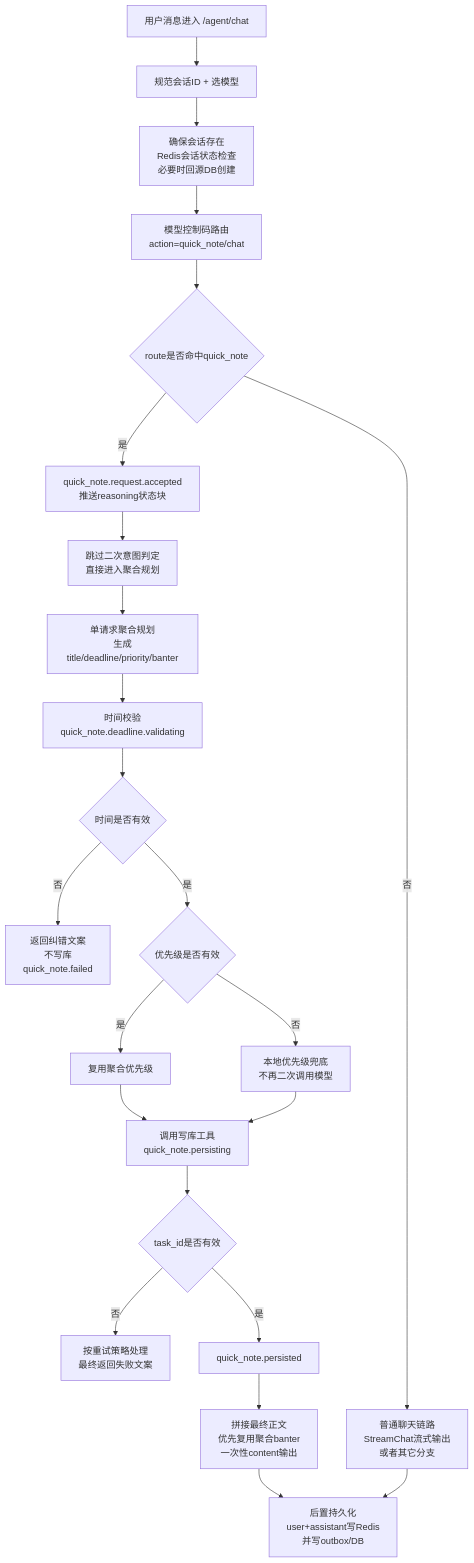
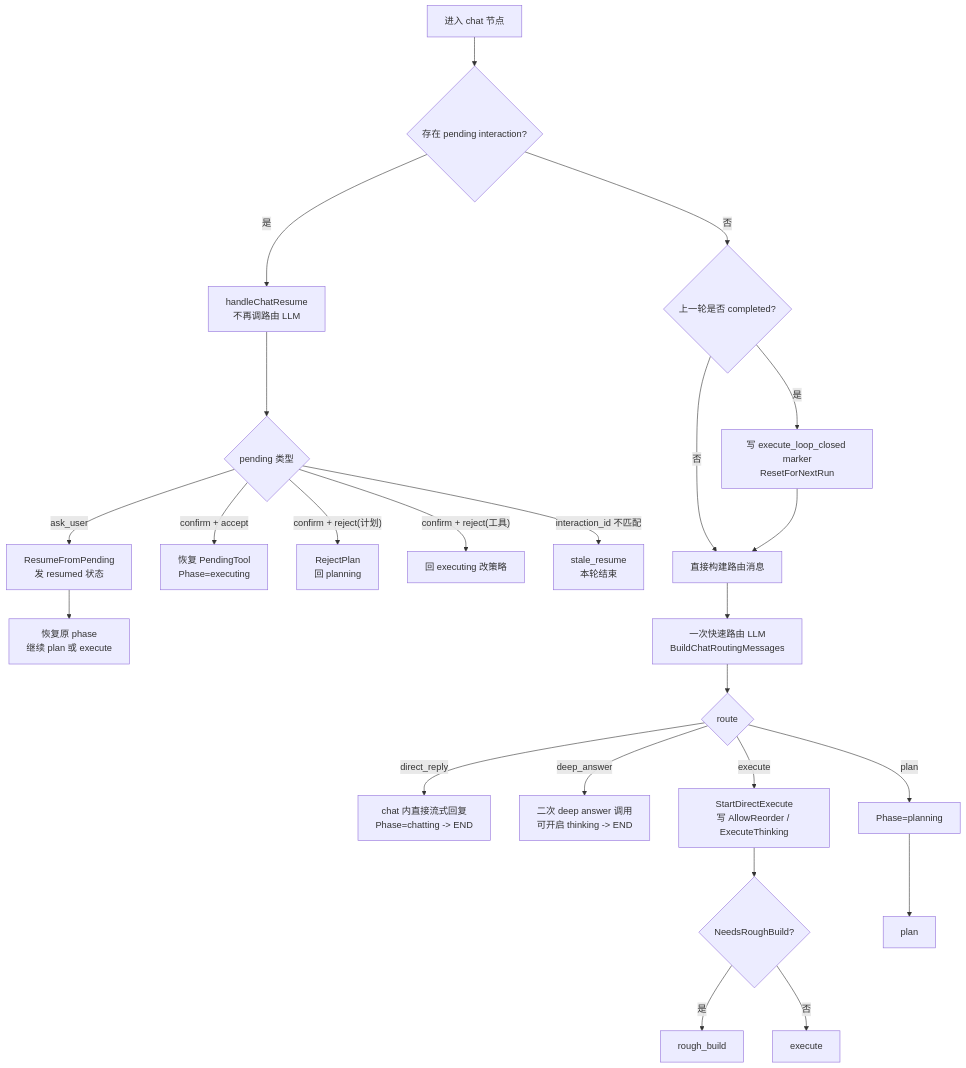
Before and after one commit to LoveLosita/SmartFlow-Agent: the third of 6 diagrams in README.md, drawn with Mermaid. The commit also changed other lines of this file and 23 other files, not shown here.

````diff
--- a/README.md
+++ b/README.md
@@ -427,25 +492,30 @@
 ```mermaid
 flowchart TD
-    A[用户消息进入 /agent/chat] --> B[规范会话ID + 选模型]
-    B --> C[确保会话存在<br/>Redis会话状态检查<br/>必要时回源DB创建]
-    C --> D[模型控制码路由<br/>action=quick_note/chat]
-    D --> E{route是否命中quick_note}
-    E -- 否 --> X[普通聊天链路<br/>StreamChat流式输出<br/>或者其它分支]
-    E -- 是 --> F[quick_note.request.accepted<br/>推送reasoning状态块]
-    F --> G[跳过二次意图判定<br/>直接进入聚合规划]
-    G --> H[单请求聚合规划<br/>生成title/deadline/priority/banter]
-    H --> I[时间校验<br/>quick_note.deadline.validating]
-    I --> J{时间是否有效}
-    J -- 否 --> K[返回纠错文案<br/>不写库<br/>quick_note.failed]
-    J -- 是 --> L{优先级是否有效}
-    L -- 是 --> M[复用聚合优先级]
-    L -- 否 --> N[本地优先级兜底<br/>不再二次调用模型]
-    M --> O[调用写库工具<br/>quick_note.persisting]
-    N --> O
-    O --> P{task_id是否有效}
-    P -- 否 --> Q[按重试策略处理<br/>最终返回失败文案]
-    P -- 是 --> R[quick_note.persisted]
-    R --> S[拼接最终正文<br/>优先复用聚合banter<br/>一次性content输出]
-    S --> T[后置持久化<br/>user+assistant写Redis<br/>并写outbox/DB]
-    X --> T
+    A["进入 chat 节点"] --> B{"存在 pending interaction?"}
+
+    B -- "是" --> C["handleChatResume<br/>不再调路由 LLM"]
+    C --> D{"pending 类型"}
+    D -- "ask_user" --> E["ResumeFromPending<br/>发 resumed 状态"]
+    E --> F["恢复原 phase<br/>继续 plan 或 execute"]
+    D -- "confirm + accept" --> G["恢复 PendingTool<br/>Phase=executing"]
+    D -- "confirm + reject(计划)" --> H["RejectPlan<br/>回 planning"]
+    D -- "confirm + reject(工具)" --> I["回 executing 改策略"]
+    D -- "interaction_id 不匹配" --> J["stale_resume<br/>本轮结束"]
+
+    B -- "否" --> K{"上一轮是否 completed?"}
+    K -- "是" --> L["写 execute_loop_closed marker<br/>ResetForNextRun"]
+    K -- "否" --> M["直接构建路由消息"]
+    L --> M
+    M --> N["一次快速路由 LLM<br/>BuildChatRoutingMessages"]
+    N --> O{"route"}
+
+    O -- "direct_reply" --> P["chat 内直接流式回复<br/>Phase=chatting -> END"]
+    O -- "deep_answer" --> Q["二次 deep answer 调用<br/>可开启 thinking -> END"]
+    O -- "plan" --> R["Phase=planning"]
+    O -- "execute" --> S["StartDirectExecute<br/>写 AllowReorder / ExecuteThinking"]
+
+    S --> T{"NeedsRoughBuild?"}
+    T -- "是" --> U["rough_build"]
+    T -- "否" --> V["execute"]
+    R --> W["plan"]
 ```
````
